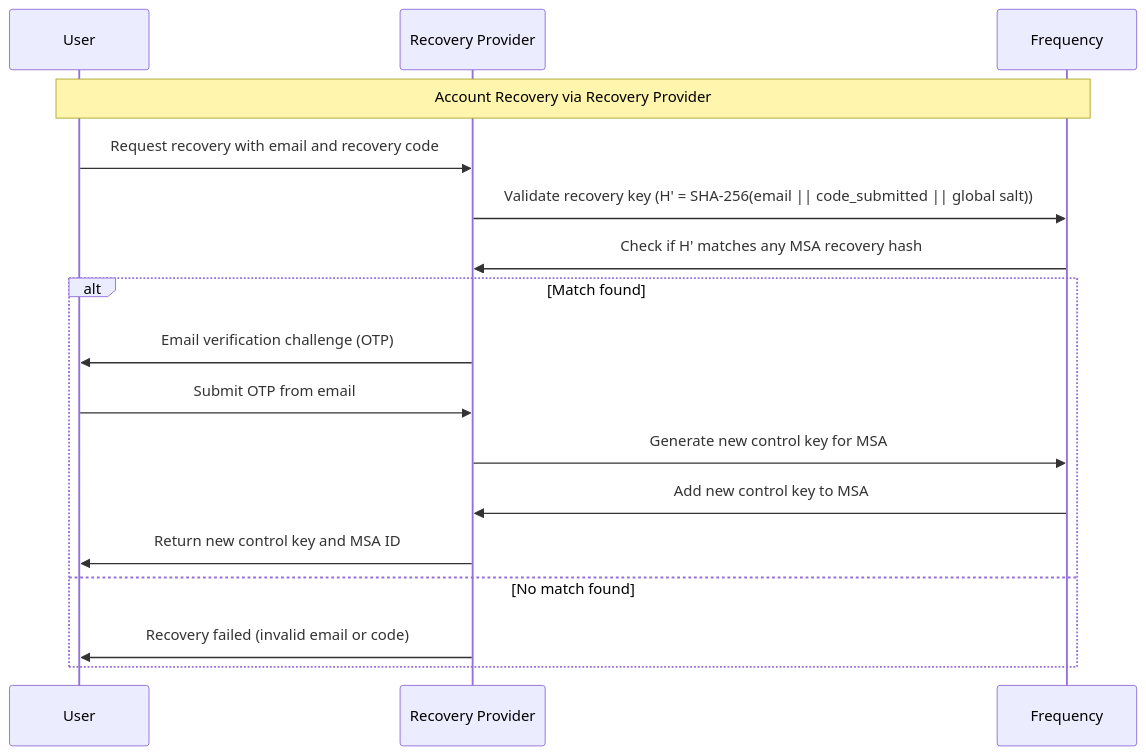
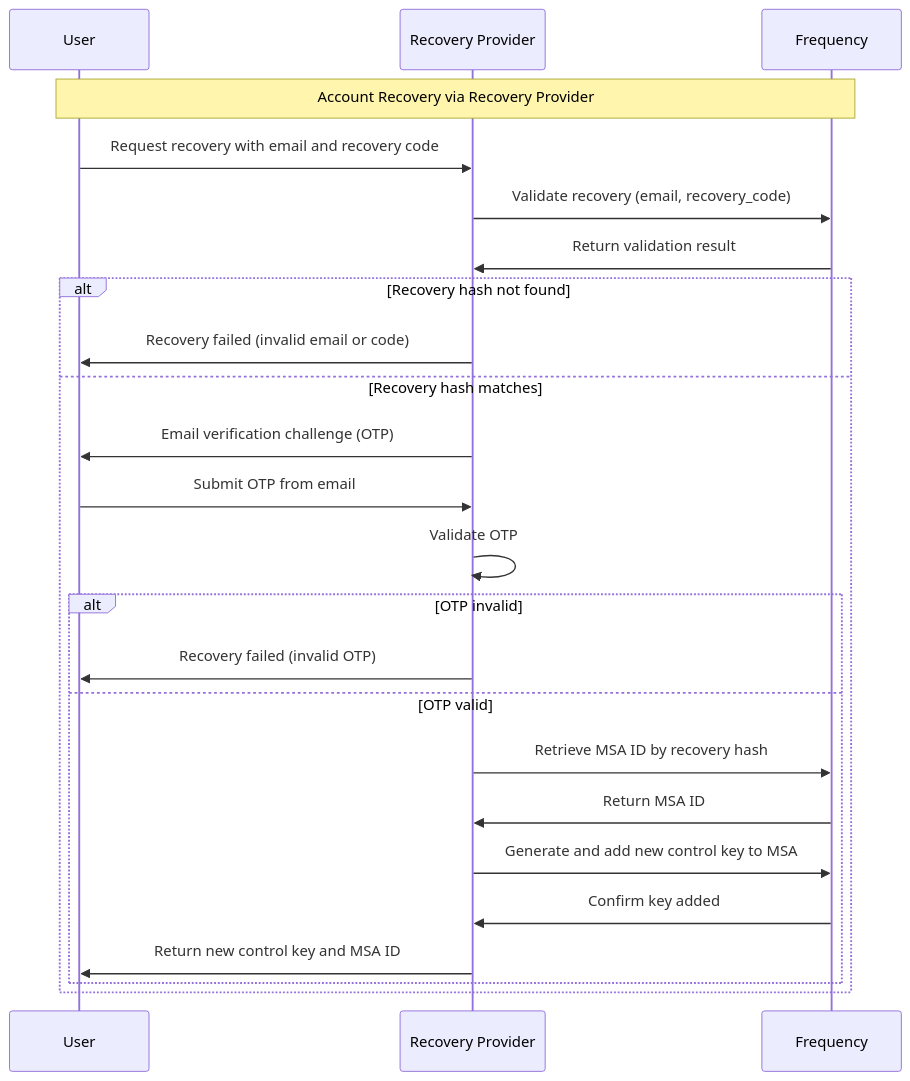
One commit to frequency-chain/frequency changed the second of 2 diagrams in designdocs/recovery_system.md. Above: the diagram before and after it, drawn with Mermaid. The commit also changed other lines of this file, not shown here.

Commit message:
feat: enhance recovery process with new validation and event handling for recovery keys

````diff
--- a/designdocs/recovery_system.md
+++ b/designdocs/recovery_system.md
@@ -139,20 +139,29 @@
 ```mermaid
 sequenceDiagram
     participant U as User
-    participant RP as Recovery Provider
+    participant RP as Recovery Provider  
     participant F as Frequency
 
     Note over U,F: Account Recovery via Recovery Provider
     U->>RP: Request recovery with email and recovery code
-    RP->>F: Validate recovery key (H' = SHA-256(email || code_submitted || global salt))
-    F->>RP: Check if H' matches any MSA recovery hash
-    alt Match found
+    RP->>F: Validate recovery (email, recovery_code)
+    F->>RP: Return validation result
+    
+    alt Recovery hash not found
+        RP->>U: Recovery failed (invalid email or code)
+    else Recovery hash matches
         RP->>U: Email verification challenge (OTP)
         U->>RP: Submit OTP from email
-        RP->>F: Generate new control key for MSA
-        F->>RP: Add new control key to MSA
-        RP->>U: Return new control key and MSA ID
-    else No match found
-        RP->>U: Recovery failed (invalid email or code)
+        RP->>RP: Validate OTP
+        
+        alt OTP invalid
+            RP->>U: Recovery failed (invalid OTP)
+        else OTP valid
+            RP->>F: Retrieve MSA ID by recovery hash
+            F->>RP: Return MSA ID
+            RP->>F: Generate and add new control key to MSA
+            F->>RP: Confirm key added
+            RP->>U: Return new control key and MSA ID
+        end
     end
 ```
````
